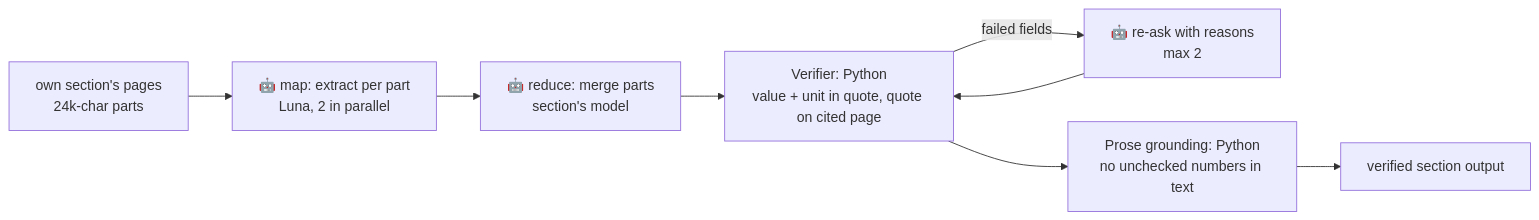
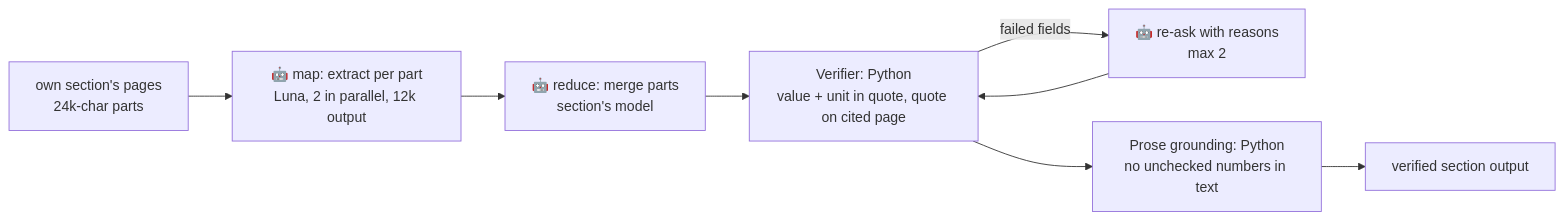
The second of 2 diagrams in docs/agents.md (RohitTheTechGuy/ipo-analyst-agents), drawn with Mermaid before and after one commit. The commit also changed other lines of this file and 12 other files, not shown here.

````diff
--- a/docs/agents.md
+++ b/docs/agents.md
@@ -47,10 +48,10 @@
 ```mermaid
 flowchart LR
-    P[own section's pages<br/>24k-char parts] --> M[🤖 map: extract per part<br/>Luna, 2 in parallel]
+    P[own section's pages<br/>24k-char parts] --> M[🤖 map: extract per part<br/>Luna, 2 in parallel, 12k output]
     M --> R[🤖 reduce: merge parts<br/>section's model]
     R --> V[Verifier: Python<br/>value + unit in quote, quote on cited page]
     V -->|failed fields| RT[🤖 re-ask with reasons<br/>max 2]
     RT --> V
     V --> GR[Prose grounding: Python<br/>no unchecked numbers in text]
     GR --> OUT[verified section output]
 ```
````
